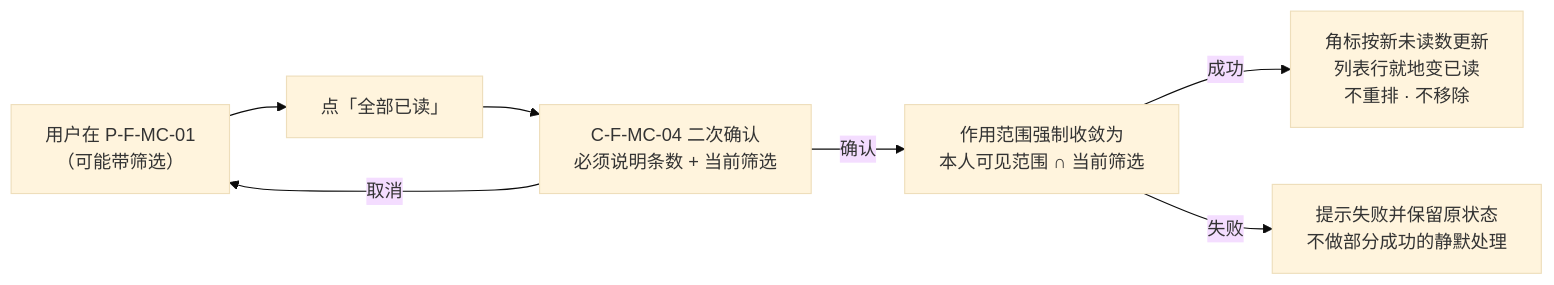
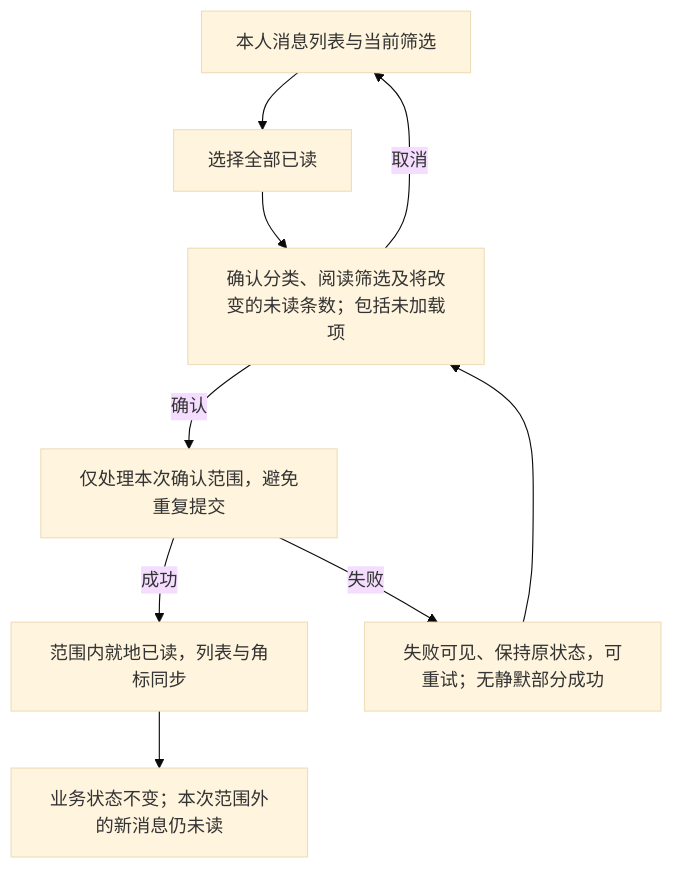
Before and after one commit to wxblockchain/Chain-Financing: the third of 9 diagrams in lending-platform/PRD/v1.0-面客消息中心/v1.0-面客消息中心-流程图与状态机.md, drawn with Mermaid (base theme). The commit also changed other lines of this file and 4 other files, not shown here.

````diff
--- a/lending-platform/PRD/v1.0-面客消息中心/v1.0-面客消息中心-流程图与状态机.md
+++ b/lending-platform/PRD/v1.0-面客消息中心/v1.0-面客消息中心-流程图与状态机.md
@@ -122,9 +80,11 @@
 ```mermaid
-flowchart LR
-    A["用户在 P-F-MC-01<br/>（可能带筛选）"] --> B["点「全部已读」"]
-    B --> C["C-F-MC-04 二次确认<br/>必须说明条数 + 当前筛选"]
-    C -->|"取消"| A
-    C -->|"确认"| D["作用范围强制收敛为<br/>本人可见范围 ∩ 当前筛选"]
-    D -->|"成功"| E["角标按新未读数更新<br/>列表行就地变已读<br/>不重排 · 不移除"]
-    D -->|"失败"| F["提示失败并保留原状态<br/>不做部分成功的静默处理"]
+flowchart TD
+    A["本人消息列表与当前筛选"] --> B["选择全部已读"]
+    B --> C["确认分类、阅读筛选及将改变的未读条数；包括未加载项"]
+    C -->|取消| A
+    C -->|确认| D["仅处理本次确认范围，避免重复提交"]
+    D -->|成功| E["范围内就地已读，列表与角标同步"]
+    D -->|失败| F["失败可见、保持原状态，可重试；无静默部分成功"]
+    F --> C
+    E --> G["业务状态不变；本次范围外的新消息仍未读"]
 ```
````
